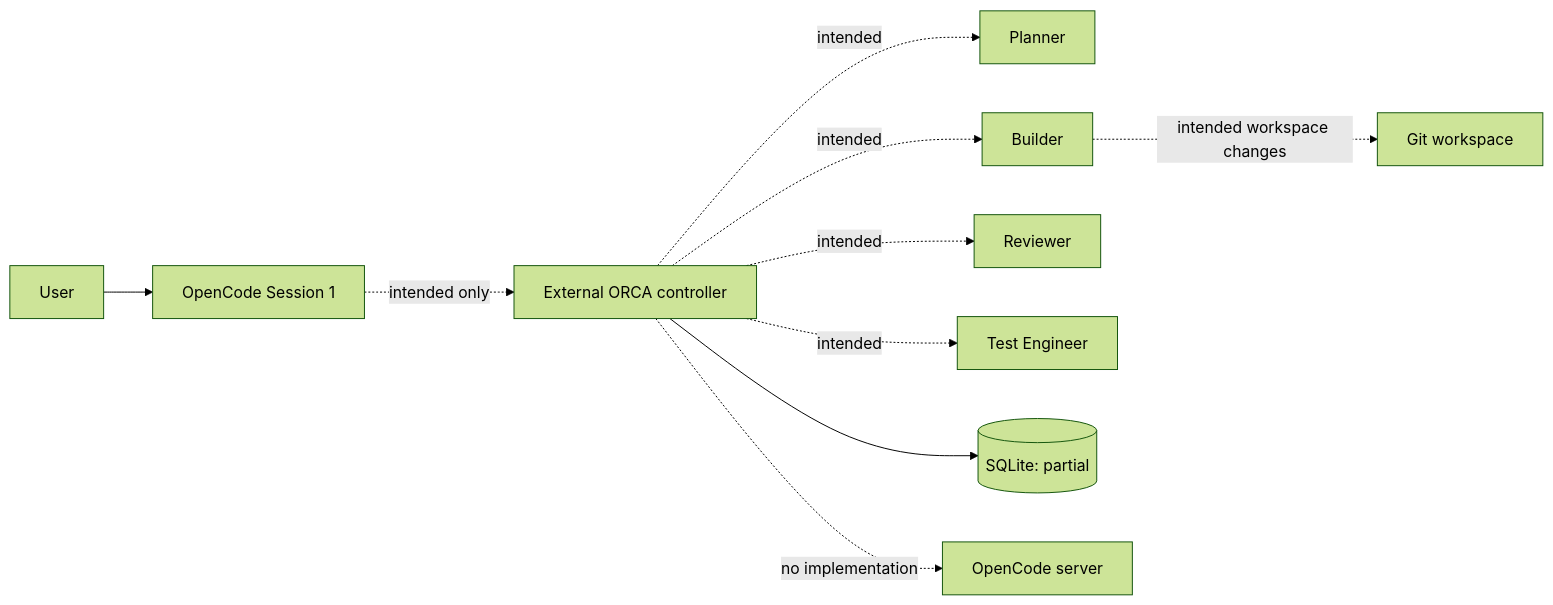
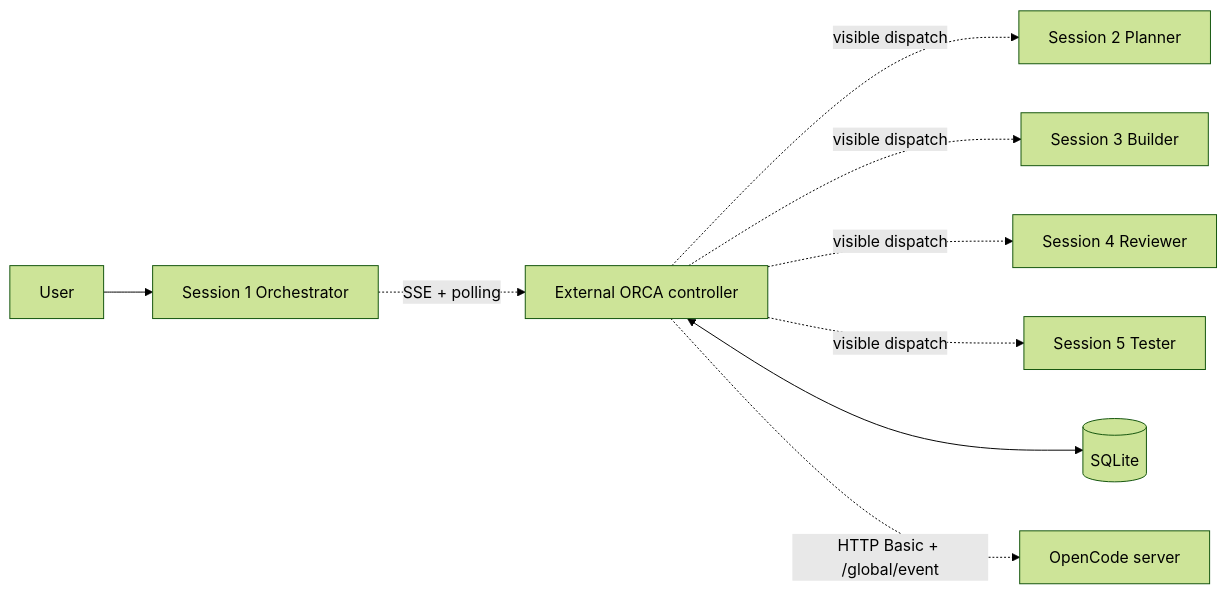
The first of 2 diagrams in docs/architecture.md (michaelchamboko/orca), drawn with Mermaid (forest theme) before and after one commit. The commit also changed other lines of this file and 7 other files, not shown here.

````diff
--- a/docs/architecture.md
+++ b/docs/architecture.md
@@ -32,12 +85,11 @@
 ```mermaid
 flowchart LR
-  U[User] --> S1[OpenCode Session 1]
-  S1 -. intended only .-> C[External ORCA controller]
-  C -. intended .-> S2[Planner]
-  C -. intended .-> S3[Builder]
-  C -. intended .-> S4[Reviewer]
-  C -. intended .-> S5[Test Engineer]
-  C --> DB[(SQLite: partial)]
-  C -. no implementation .-> OC[OpenCode server]
-  S3 -. intended workspace changes .-> W[Git workspace]
+  U[User] --> S1[Session 1 Orchestrator]
+  S1 -. SSE + polling .-> ORCA[External ORCA controller]
+  ORCA -. visible dispatch .-> S2[Session 2 Planner]
+  ORCA -. visible dispatch .-> S3[Session 3 Builder]
+  ORCA -. visible dispatch .-> S4[Session 4 Reviewer]
+  ORCA -. visible dispatch .-> S5[Session 5 Tester]
+  ORCA <--> DB[(SQLite)]
+  ORCA -. HTTP Basic + /global/event .-> OC[OpenCode server]
 ```
````
